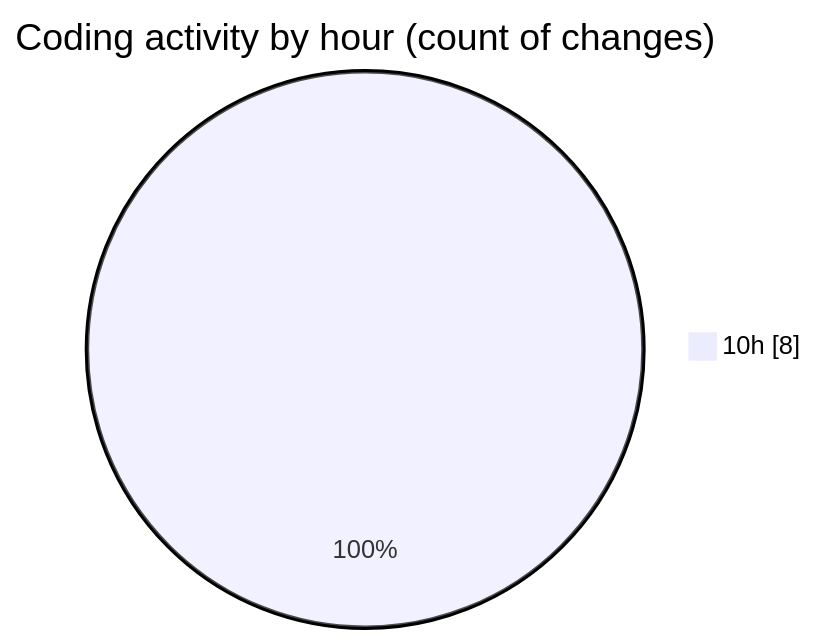
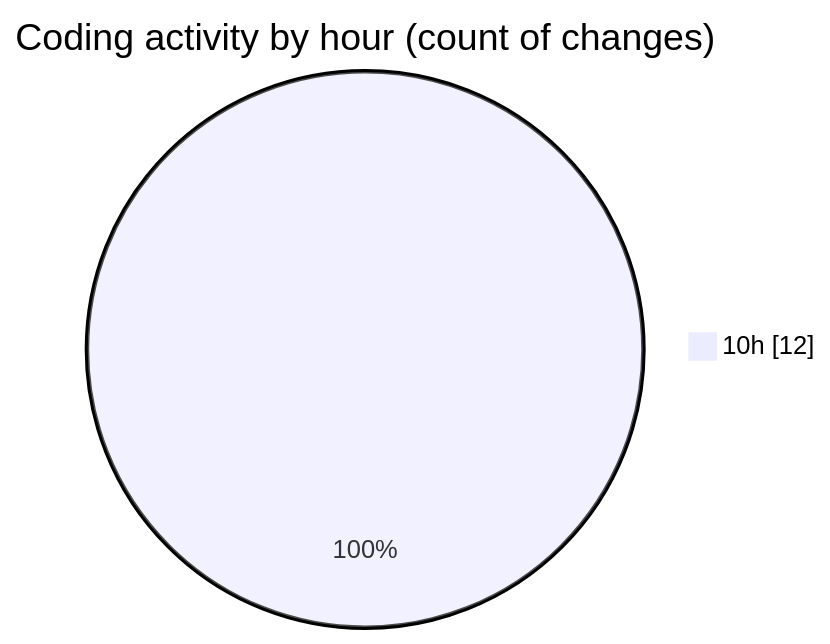
The second of 2 diagrams in 2025-02-17/totem/README.md (LanceThiago/code-tracking), drawn with Mermaid before and after one commit. The commit also changed other lines of this file and 1 other file, not shown here.

````diff
--- a/2025-02-17/totem/README.md
+++ b/2025-02-17/totem/README.md
@@ -30,5 +31,5 @@
 ```mermaid
 pie showData
 title Coding activity by hour (count of changes)
-"10h" : 8
+"10h" : 12
 ```
````
